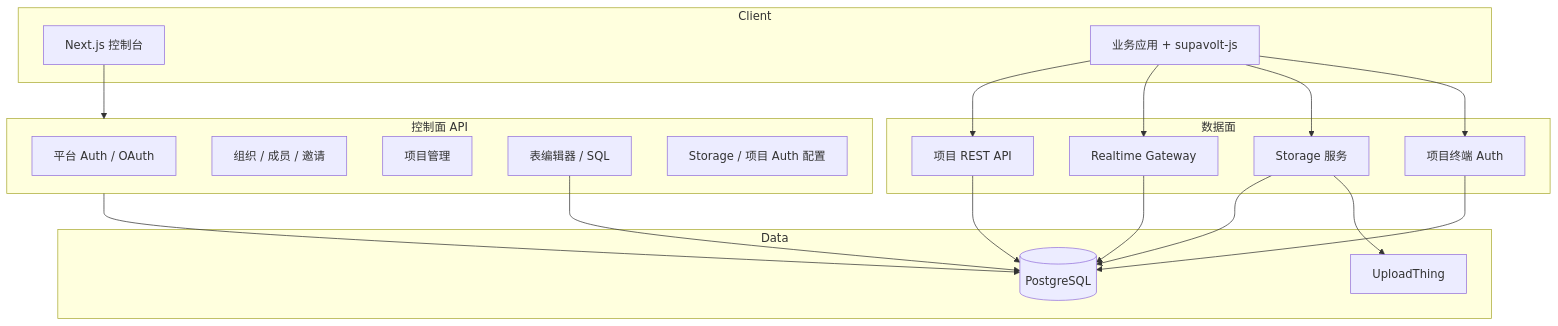
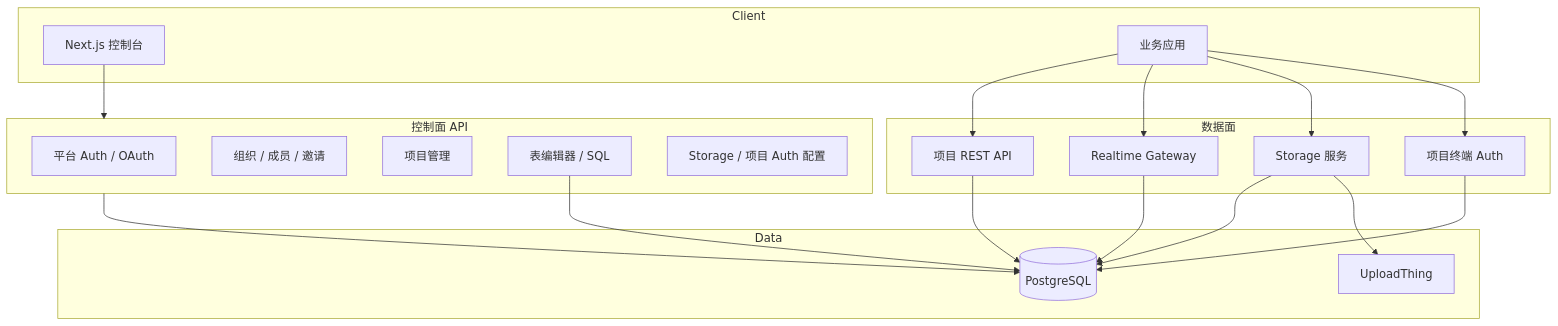
One commit to H-1234-S/Note changed the diagram in 毕业论文开题报告.md. Above: the diagram before and after it, drawn with Mermaid. The commit also changed other lines of this file, not shown here.

````diff
--- a/毕业论文开题报告.md
+++ b/毕业论文开题报告.md
@@ -122,40 +120,40 @@
 ```mermaid
 flowchart TB
   subgraph Client
     Web[Next.js 控制台]
-    App[业务应用 + supavolt-js]
+    App[业务应用]
   end
 
   subgraph ControlPlane[控制面 API]
     Auth[平台 Auth / OAuth]
     Org[组织 / 成员 / 邀请]
     Proj[项目管理]
     Editor[表编辑器 / SQL]
     Meta[Storage / 项目 Auth 配置]
   end
 
   subgraph DataPlane[数据面]
     REST[项目 REST API]
     RT[Realtime Gateway]
     Store[Storage 服务]
     PAuth[项目终端 Auth]
   end
 
   subgraph Data
     PG[(PostgreSQL)]
     UT[UploadThing]
   end
 
   Web --> ControlPlane
   App --> REST
   App --> RT
   App --> Store
   App --> PAuth
   ControlPlane --> PG
   REST --> PG
   Editor --> PG
   RT --> PG
   Store --> PG
   Store --> UT
   PAuth --> PG
 ```
````
